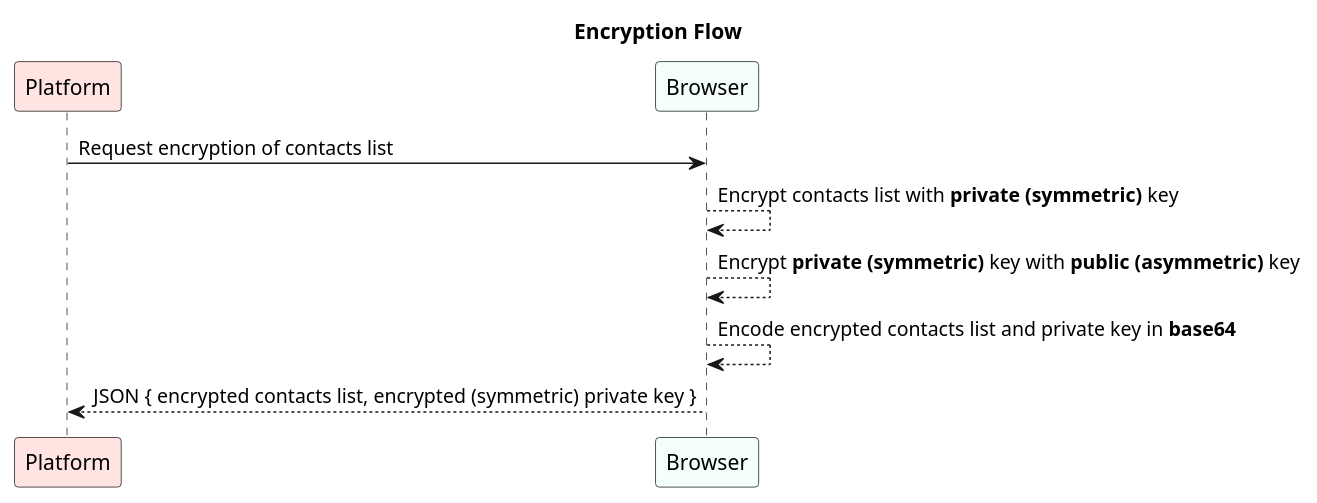
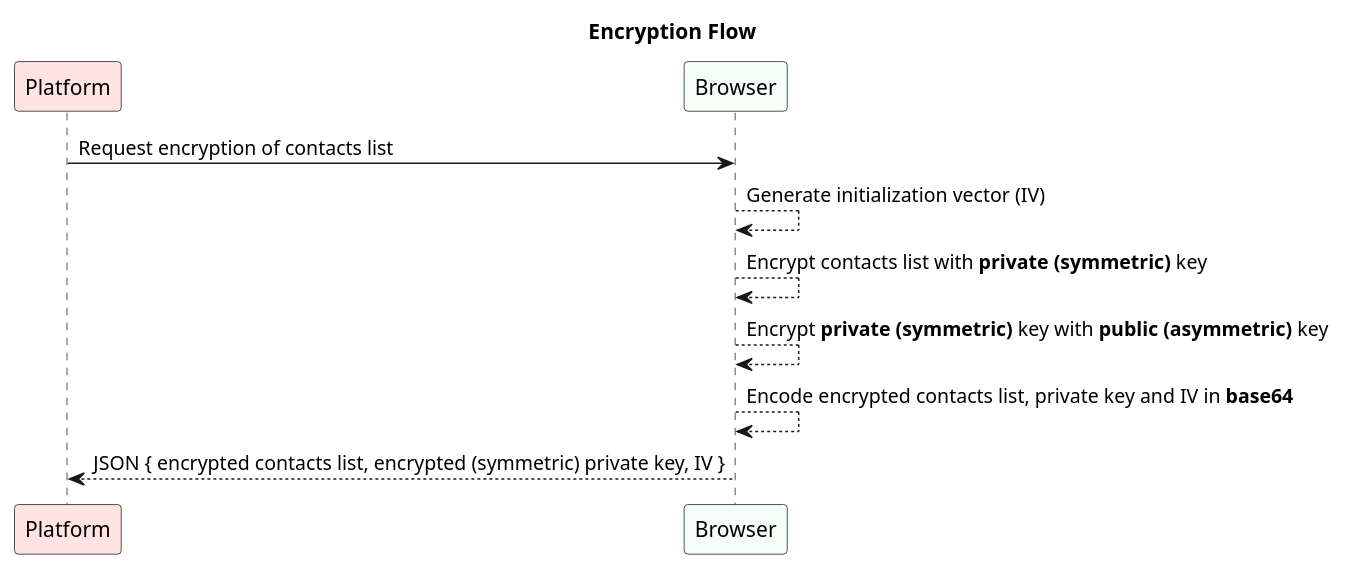
Before and after one commit to paginas-secretas/docs: the diagram in src/domain/puml/encryption-flow.puml, drawn with PlantUML. The commit also changed 1 other file, not shown here.

Commit message:
docs(domain): add reference to initialization vector in encryption and decryption flow diagrams

```diff
--- a/src/domain/puml/encryption-flow.puml
+++ b/src/domain/puml/encryption-flow.puml
@@ -1,16 +1,17 @@
 @startuml encryption-flow
 
 title "Encryption Flow"
 
 participant "Platform" as PL #MistyRose
 participant Browser #MintCream
 
 PL -> Browser: Request encryption of contacts list
 
+Browser --> Browser: Generate initialization vector (IV)
 Browser --> Browser: Encrypt contacts list with **private (symmetric)** key
 Browser --> Browser: Encrypt **private (symmetric)** key with **public (asymmetric)** key
-Browser --> Browser: Encode encrypted contacts list and private key in **base64**
+Browser --> Browser: Encode encrypted contacts list, private key and IV in **base64**
 
-Browser --> PL: JSON { encrypted contacts list, encrypted (symmetric) private key }
+Browser --> PL: JSON { encrypted contacts list, encrypted (symmetric) private key, IV }
 
 @enduml
```
